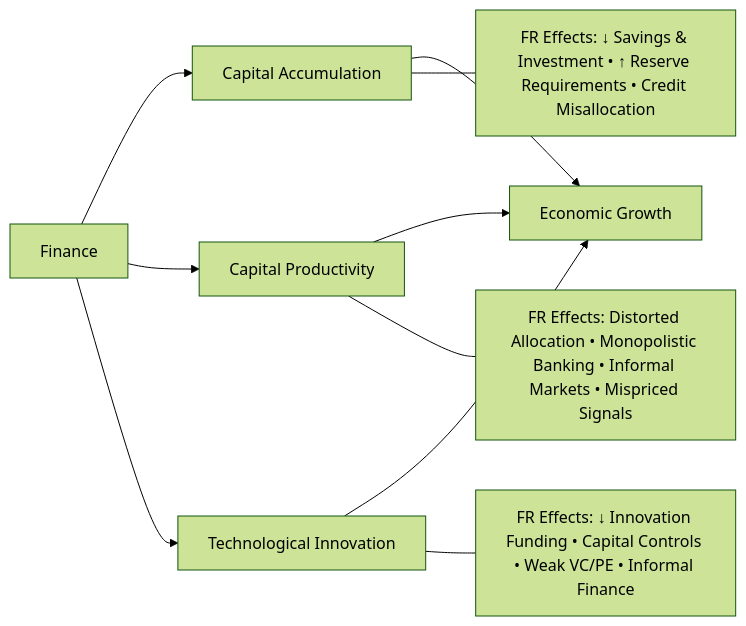
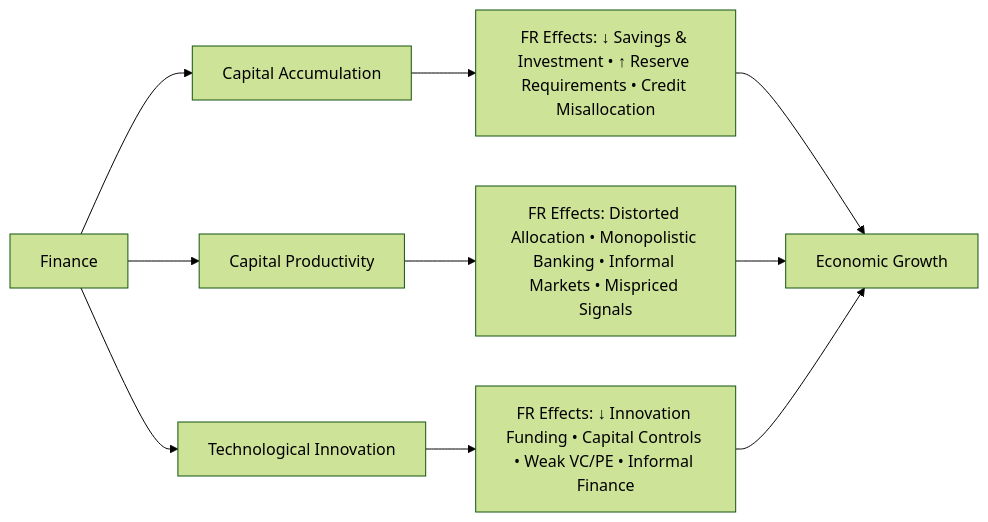
One commit to Aboutorabi/FR-FD-Gr.md changed the diagram in FR-FD&Gr.md. Above: the diagram before and after it, drawn with Mermaid (forest theme).

````diff
--- a/FR-FD&Gr.md
+++ b/FR-FD&Gr.md
@@ -1,25 +1,20 @@
 ```mermaid
 flowchart LR
     F["Finance"]
 
     %% Channels
     A["Capital Accumulation"]
     B["Capital Productivity"]
     C["Technological Innovation"]
 
-    %% Subtitles (Financial Repression Effects)
+    %% FR Effects (act as connectors to Growth)
     A_sub["FR Effects: ↓ Savings & Investment • ↑ Reserve Requirements • Credit Misallocation"]
     B_sub["FR Effects: Distorted Allocation • Monopolistic Banking • Informal Markets • Mispriced Signals"]
     C_sub["FR Effects: ↓ Innovation Funding • Capital Controls • Weak VC/PE • Informal Finance"]
 
     %% Flow connections
-    F --> A --> G["Economic Growth"]
-    F --> B --> G
-    F --> C --> G
-
-    %% Sub connections
-    A --- A_sub
-    B --- B_sub
-    C --- C_sub
+    F --> A --> A_sub --> G["Economic Growth"]
+    F --> B --> B_sub --> G
+    F --> C --> C_sub --> G
 
 ```
````
